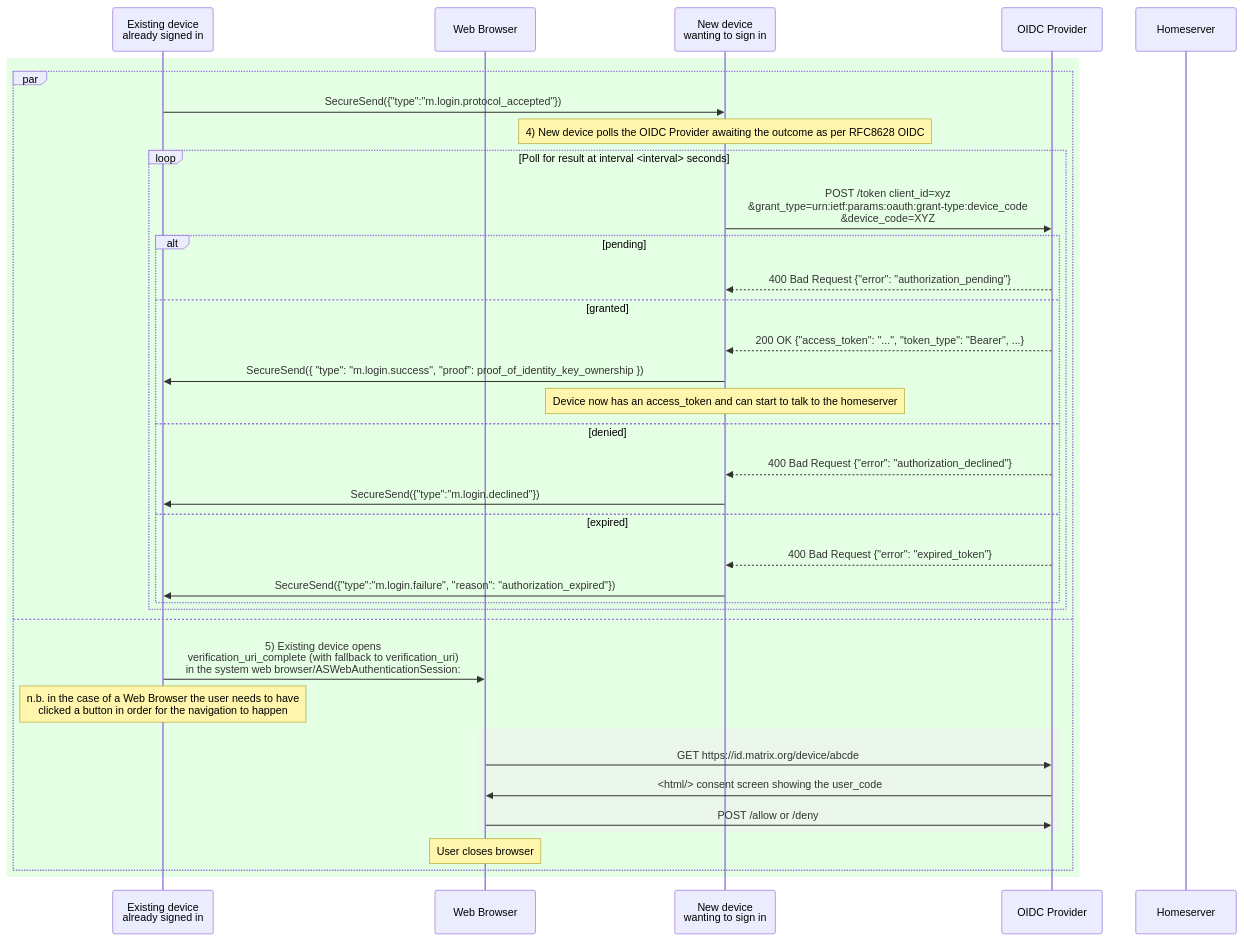
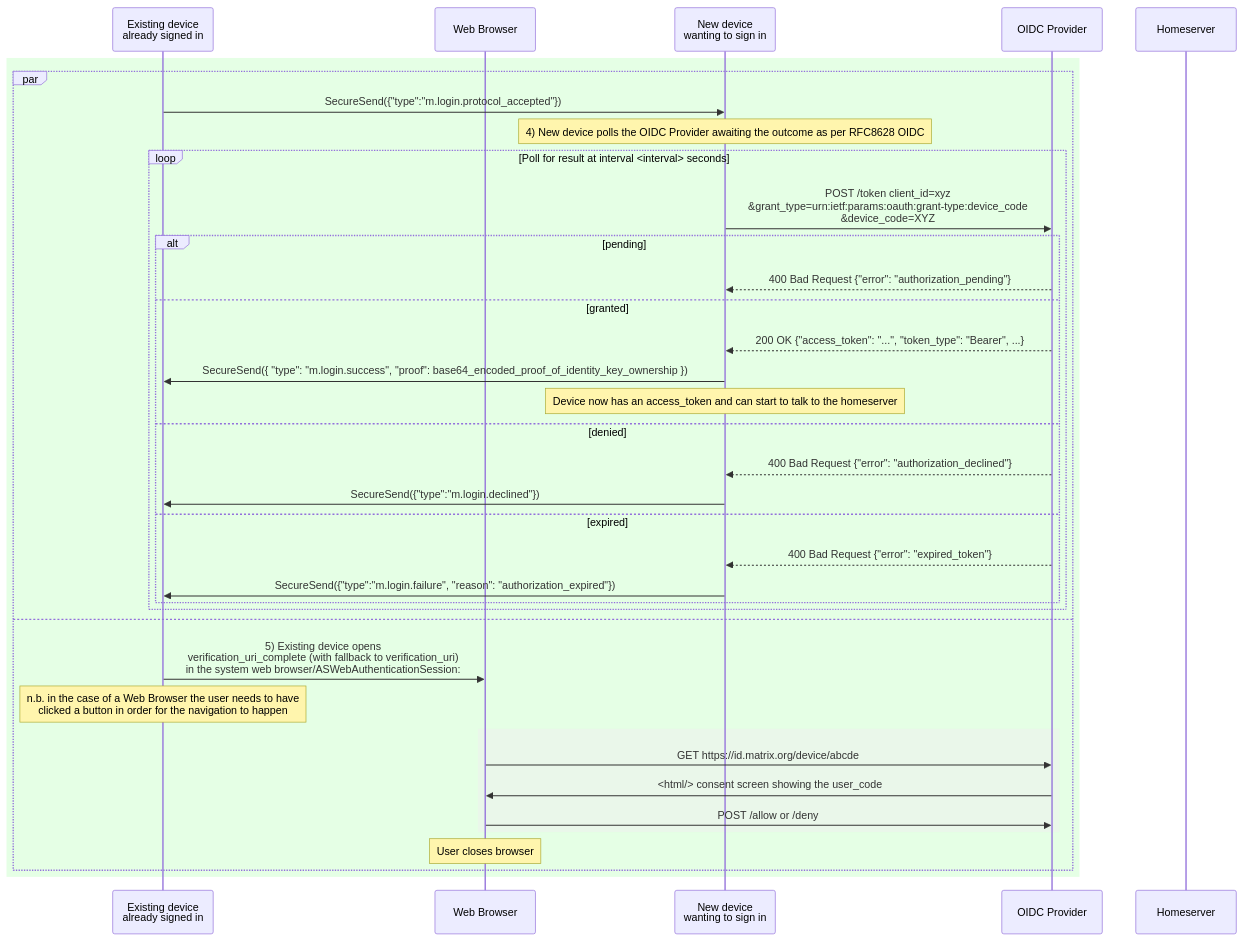
Before and after one commit to matrix-org/matrix-spec-proposals: the fifth of 6 diagrams in proposals/4108-oidc-qr-login.md, drawn with Mermaid. The commit also changed other lines of this file, not shown here.

Commit message:
Fix m.login.success examples and document "proof" key.

````diff
--- a/proposals/4108-oidc-qr-login.md
+++ b/proposals/4108-oidc-qr-login.md
@@ -1020,41 +1020,41 @@
 ```mermaid
 sequenceDiagram
     participant E as Existing device <br>already signed in
     participant UA as Web Browser
     participant N as New device <br>wanting to sign in
     participant OP as OIDC Provider
     participant HS as Homeserver
 
     rect rgba(0,255,0, 0.1)
 
         par
             E->>N: SecureSend({"type":"m.login.protocol_accepted"})
         note over N: 4) New device polls the OIDC Provider awaiting the outcome as per RFC8628 OIDC
             loop Poll for result at interval <interval> seconds
                 N->>OP: POST /token client_id=xyz<br>&grant_type=urn:ietf:params:oauth:grant-type:device_code<br>&device_code=XYZ
                 alt pending
                     OP-->>N: 400 Bad Request {"error": "authorization_pending"}
                 else granted
                     OP-->>N: 200 OK {"access_token": "...", "token_type": "Bearer", ...}
-                    N->>E: SecureSend({ "type": "m.login.success", "proof": proof_of_identity_key_ownership })
+                    N->>E: SecureSend({ "type": "m.login.success", "proof": base64_encoded_proof_of_identity_key_ownership })
                     Note over N: Device now has an access_token and can start to talk to the homeserver
                 else denied
                     OP-->>N: 400 Bad Request {"error": "authorization_declined"}
                     N->>E: SecureSend({"type":"m.login.declined"})
                 else expired
                     OP-->>N: 400 Bad Request {"error": "expired_token"}
                     N->>E: SecureSend({"type":"m.login.failure", "reason": "authorization_expired"})
                 end
             end
         and
             E->>UA: 5) Existing device opens <br>verification_uri_complete (with fallback to verification_uri)<br> in the system web browser/ASWebAuthenticationSession:
             Note over E: n.b. in the case of a Web Browser the user needs to have<br> clicked a button in order for the navigation to happen
             rect rgba(240,240,240,0.5)
                 UA->>OP: GET https://id.matrix.org/device/abcde
                 OP->>UA: <html/> consent screen showing the user_code
                 UA->>OP: POST /allow or /deny
             end
             Note over UA: User closes browser
         end
     end
 ```
````
